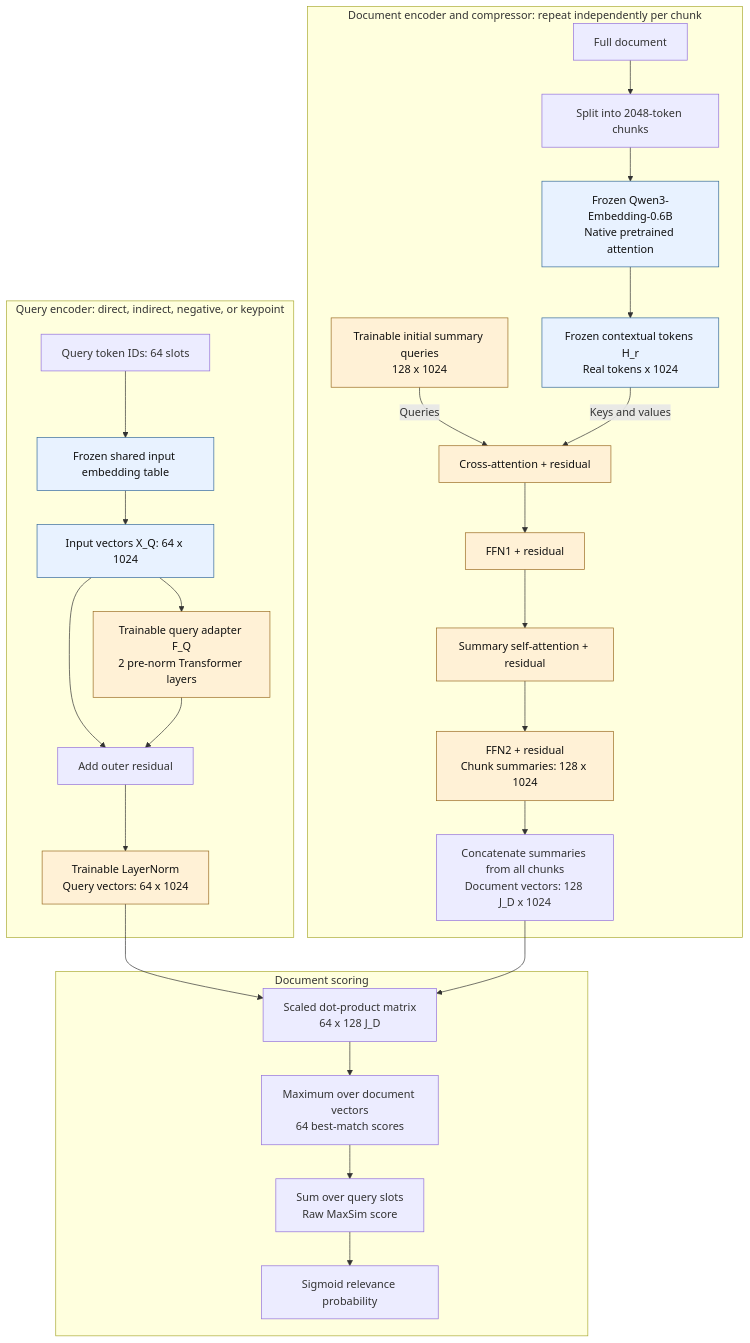
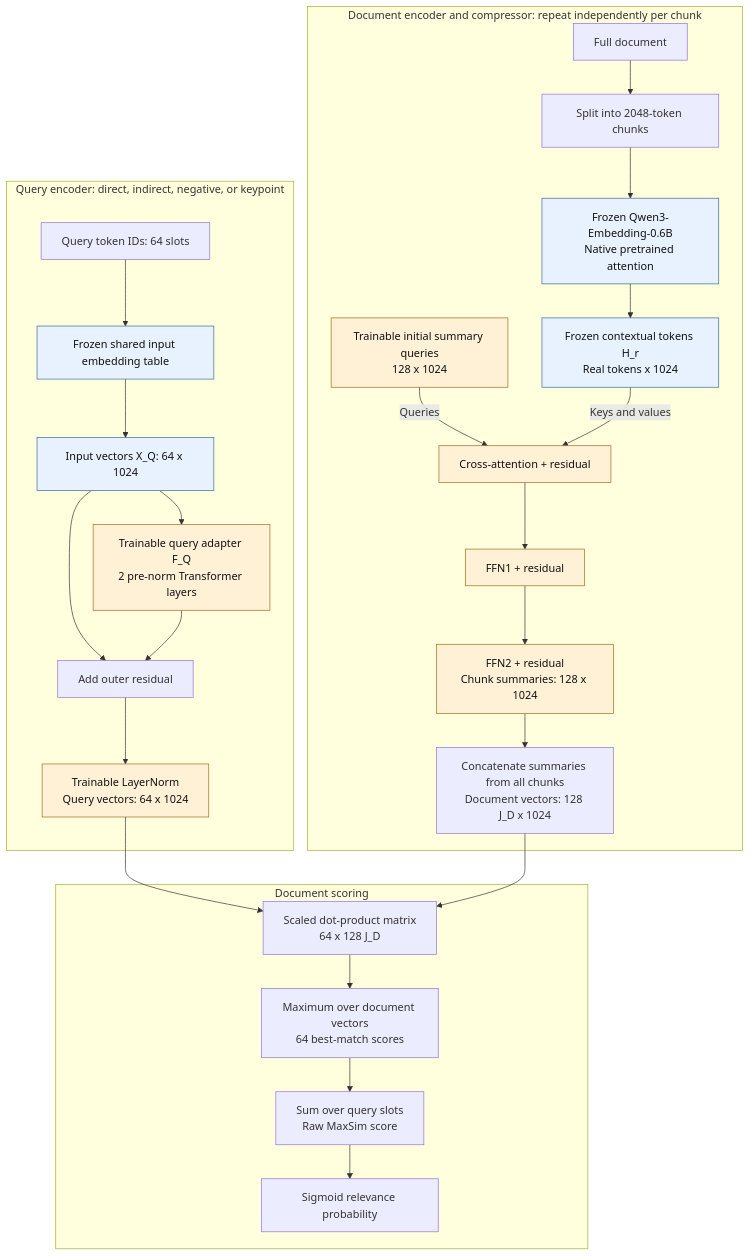
Before and after one commit to NgOchOcc/reranking: the diagram in docs/compression.md, drawn with Mermaid. The commit also changed other lines of this file and 1 other file, not shown here.

Commit message:
Remove summary slot self-attention

````diff
--- a/docs/compression.md
+++ b/docs/compression.md
@@ -64,36 +64,35 @@
 ```mermaid
 flowchart TB
     subgraph QUERY["Query encoder: direct, indirect, negative, or keypoint"]
         QID["Query token IDs: 64 slots"] --> EMB["Frozen shared input embedding table"]
         EMB --> XQ["Input vectors X_Q: 64 x 1024"]
         XQ --> FQ["Trainable query adapter F_Q<br/>2 pre-norm Transformer layers"]
         XQ --> ADD["Add outer residual"]
         FQ --> ADD
         ADD --> QLN["Trainable LayerNorm<br/>Query vectors: 64 x 1024"]
     end
 
     subgraph DOC["Document encoder and compressor: repeat independently per chunk"]
         D["Full document"] --> CH["Split into 2048-token chunks"]
         CH --> ENC["Frozen Qwen3-Embedding-0.6B<br/>Native pretrained attention"]
         ENC --> H["Frozen contextual tokens H_r<br/>Real tokens x 1024"]
         Z["Trainable initial summary queries<br/>128 x 1024"] -->|Queries| CA["Cross-attention + residual"]
         H -->|Keys and values| CA
         CA --> FF1["FFN1 + residual"]
-        FF1 --> SA["Summary self-attention + residual"]
-        SA --> FF2["FFN2 + residual<br/>Chunk summaries: 128 x 1024"]
+        FF1 --> FF2["FFN2 + residual<br/>Chunk summaries: 128 x 1024"]
         FF2 --> CAT["Concatenate summaries from all chunks<br/>Document vectors: 128 J_D x 1024"]
     end
 
     subgraph SCORE["Document scoring"]
         DOT["Scaled dot-product matrix<br/>64 x 128 J_D"] --> MAX["Maximum over document vectors<br/>64 best-match scores"]
         MAX --> SUM["Sum over query slots<br/>Raw MaxSim score"]
         SUM --> P["Sigmoid relevance probability"]
     end
 
     QLN --> DOT
     CAT --> DOT
     classDef frozen fill:#e8f2ff,stroke:#34699a,color:#111;
     classDef trainable fill:#fff1d6,stroke:#9a6b22,color:#111;
     class EMB,XQ,ENC,H frozen;
-    class FQ,QLN,Z,CA,FF1,SA,FF2 trainable;
+    class FQ,QLN,Z,CA,FF1,FF2 trainable;
 ```
````
